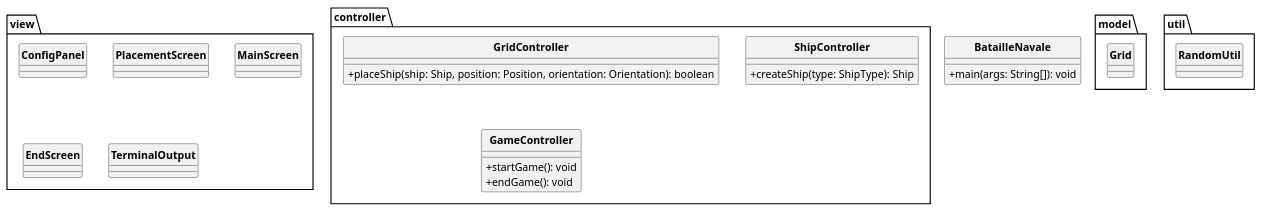
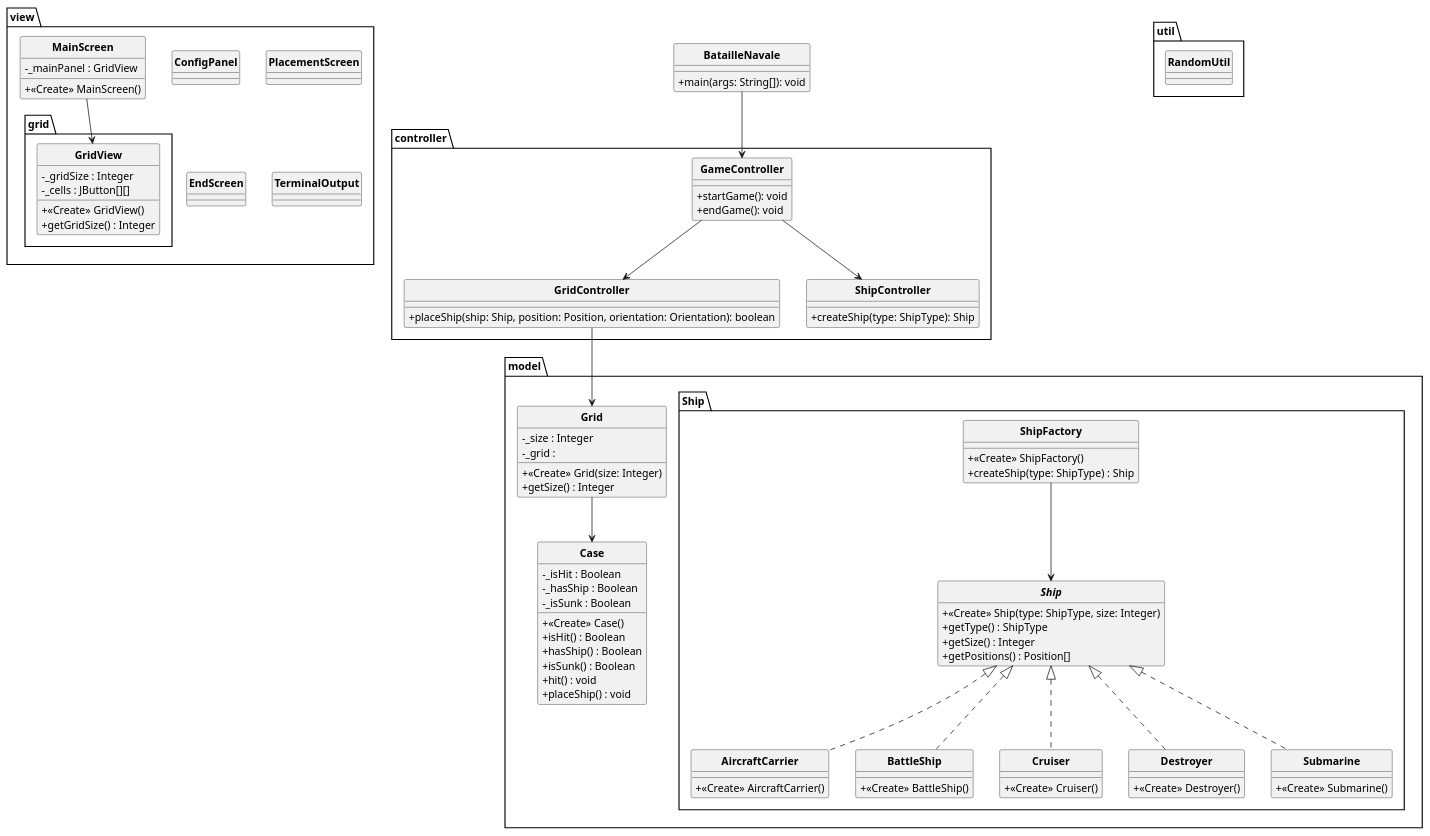
Before and after one commit to Redstoner507/bataille-navale-java: the diagram in uml/batailleNavale.puml, drawn with PlantUML.

Commit message:
Amélioration UML

```diff
--- a/uml/batailleNavale.puml
+++ b/uml/batailleNavale.puml
@@ -1,51 +1,119 @@
 @startuml BatailleNavale
 'https://plantuml.com/class-diagram
 
 skinparam style strictuml
 skinparam classAttributeIconSize 0
 skinparam classFontStyle Bold
 hide enum methods
 hide interface attributes
 
 class BatailleNavale {
     +main(args: String[]): void
 }
 
 package model {
-    class Grid
+    class Grid {
+        - _size : Integer
+        - _grid : 
+        + <<Create>> Grid(size: Integer)
+        + getSize() : Integer
+    }
 
+    class Case {
+        - _isHit : Boolean
+        - _hasShip : Boolean
+        - _isSunk : Boolean
+        + <<Create>> Case()
+        + isHit() : Boolean
+        + hasShip() : Boolean
+        + isSunk() : Boolean
+        + hit() : void
+        + placeShip() : void
+    }
 
+    package Ship {
+        interface Ship {
+            - _type : ShipType
+            - _size : Integer
+            - _positions : Position[]
+            + <<Create>> Ship(type: ShipType, size: Integer)
+            + getType() : ShipType
+            + getSize() : Integer
+            + getPositions() : Position[]
+        }
+
+        class ShipFactory {
+            + <<Create>> ShipFactory()
+            + createShip(type: ShipType) : Ship
+        }
+
+        class AircraftCarrier implements Ship {
+            + <<Create>> AircraftCarrier()
+        }
+        class BattleShip implements Ship {
+            + <<Create>> BattleShip()
+        }
+        class Cruiser implements Ship {
+            + <<Create>> Cruiser()
+        }
+        class Destroyer implements Ship {
+            + <<Create>> Destroyer()
+        }
+        class Submarine implements Ship {
+            + <<Create>> Submarine()
+        }
+        ShipFactory --> Ship
+    }
+    ' Relationships
+    Grid --> Case
+   
 }
 
 package view {
     class ConfigPanel
     class PlacementScreen
-    class MainScreen
+    class MainScreen {
+        - _mainPanel : GridView
+        + <<Create>> MainScreen()
+    }
     class EndScreen
     class TerminalOutput
+    package grid {
+        class GridView {
+            - _gridSize : Integer
+            - _cells : JButton[][]
+            + <<Create>> GridView()
+            + getGridSize() : Integer
+        }
+    }
 }
 
 package controller {
     class GridController {
         +placeShip(ship: Ship, position: Position, orientation: Orientation): boolean
     }
 
     class ShipController {
         +createShip(type: ShipType): Ship
     }
 
     class GameController {
         +startGame(): void
         +endGame(): void
     }
 }
 
 package util {
     class RandomUtil {
 
     }
 }
 
 ' Relationships
+MainScreen --> view.grid.GridView
+BatailleNavale --> controller.GameController
+controller.GameController --> controller.GridController
+controller.GameController --> controller.ShipController
+controller.GridController --> model.Grid
 
 @enduml
```
